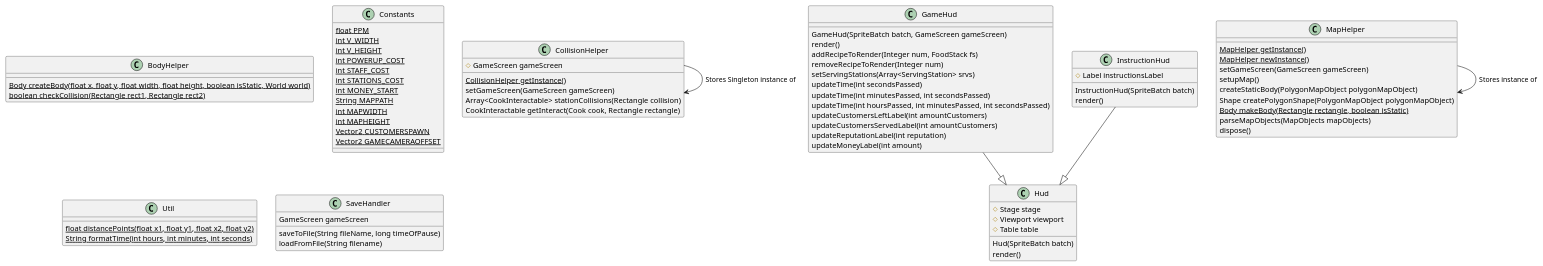
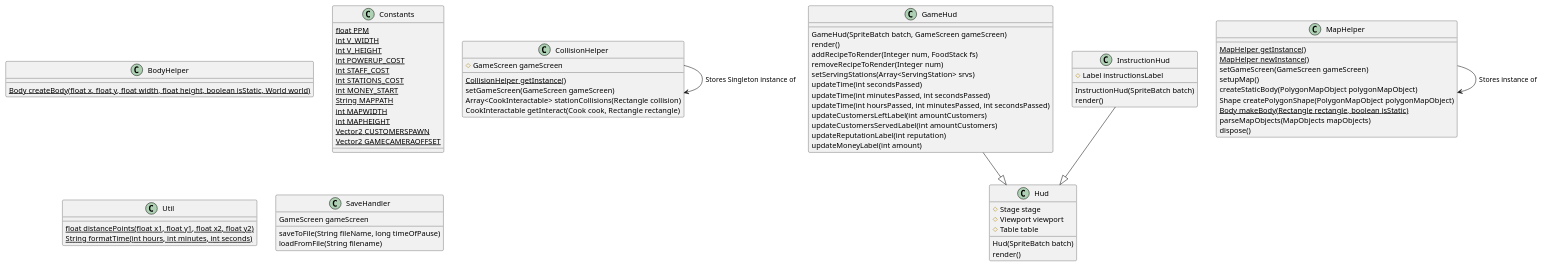
One commit to ENG1-TEAM3/project_eng1_team3_A2 changed the diagram in ENG1/SUBMITTABLES/Architecture/plantumls/helper.puml. Above: the diagram before and after it, drawn with PlantUML. The commit also changed 5 other files, not shown here.

```diff
--- a/ENG1/SUBMITTABLES/Architecture/plantumls/helper.puml
+++ b/ENG1/SUBMITTABLES/Architecture/plantumls/helper.puml
@@ -1,81 +1,80 @@
 @startuml
 class BodyHelper{
 {static} Body createBody(float x, float y, float width, float height, boolean isStatic, World world)
-{static} boolean checkCollision(Rectangle rect1, Rectangle rect2)
 }
 class CollisionHelper{
 # GameScreen gameScreen
 {static} CollisionHelper getInstance()
 setGameScreen(GameScreen gameScreen)
 Array<CookInteractable> stationCollisions(Rectangle collision)
 CookInteractable getInteract(Cook cook, Rectangle rectangle)
 }
 CollisionHelper --> CollisionHelper : Stores Singleton instance of
 class Constants{
 {static} float PPM
 {static} int V_WIDTH
 {static} int V_HEIGHT
 {static} int POWERUP_COST
 {static} int STAFF_COST
 {static} int STATIONS_COST
 {static} int MONEY_START
 {static} String MAPPATH
 {static} int MAPWIDTH
 {static} int MAPHEIGHT
 {static} Vector2 CUSTOMERSPAWN
 {static} Vector2 GAMECAMERAOFFSET
 }
 class GameHud{
 
 GameHud(SpriteBatch batch, GameScreen gameScreen)
 render()
 addRecipeToRender(Integer num, FoodStack fs)
 removeRecipeToRender(Integer num)
 setServingStations(Array<ServingStation> srvs)
 updateTime(int secondsPassed)
 updateTime(int minutesPassed, int secondsPassed)
 updateTime(int hoursPassed, int minutesPassed, int secondsPassed)
 updateCustomersLeftLabel(int amountCustomers)
 updateCustomersServedLabel(int amountCustomers)
 updateReputationLabel(int reputation)
 updateMoneyLabel(int amount)
 }
 class Hud{
 # Stage stage
 # Viewport viewport
 # Table table
 Hud(SpriteBatch batch)
 render()
 }
 class InstructionHud{
 # Label instructionsLabel
 InstructionHud(SpriteBatch batch)
 render()
 }
 class MapHelper{
 {static} MapHelper getInstance()
 {static} MapHelper newInstance()
 setGameScreen(GameScreen gameScreen)
 setupMap()
 createStaticBody(PolygonMapObject polygonMapObject)
 Shape createPolygonShape(PolygonMapObject polygonMapObject)
 {static} Body makeBody(Rectangle rectangle, boolean isStatic)
 parseMapObjects(MapObjects mapObjects)
 dispose()
 }
 MapHelper --> MapHelper : Stores instance of
 InstructionHud --|> Hud
 GameHud --|> Hud
 
 class Util{
 {static} float distancePoints(float x1, float y1, float x2, float y2)
 {static} String formatTime(int hours, int minutes, int seconds)
 }
 
 class SaveHandler{
 GameScreen gameScreen
 saveToFile(String fileName, long timeOfPause)
 loadFromFile(String filename)
 }
 
 @enduml
```
